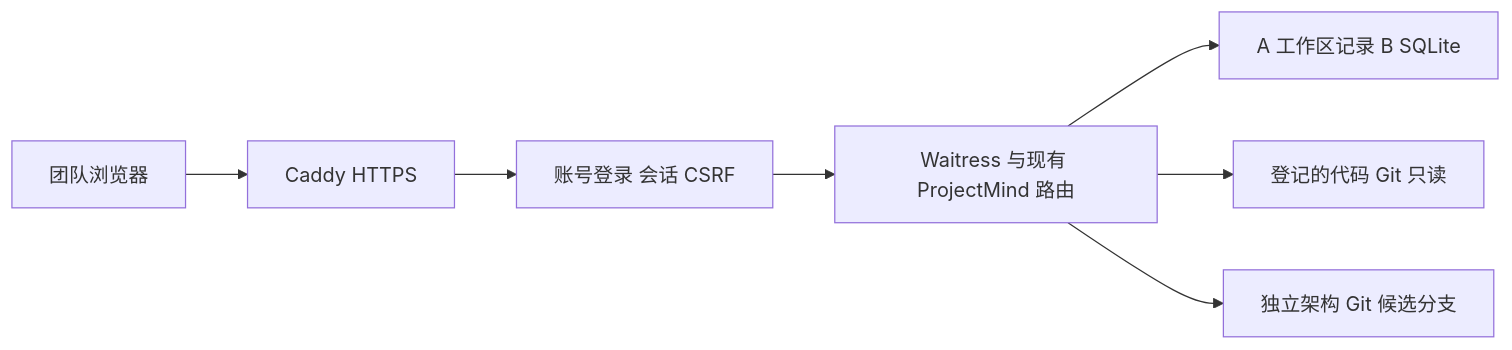
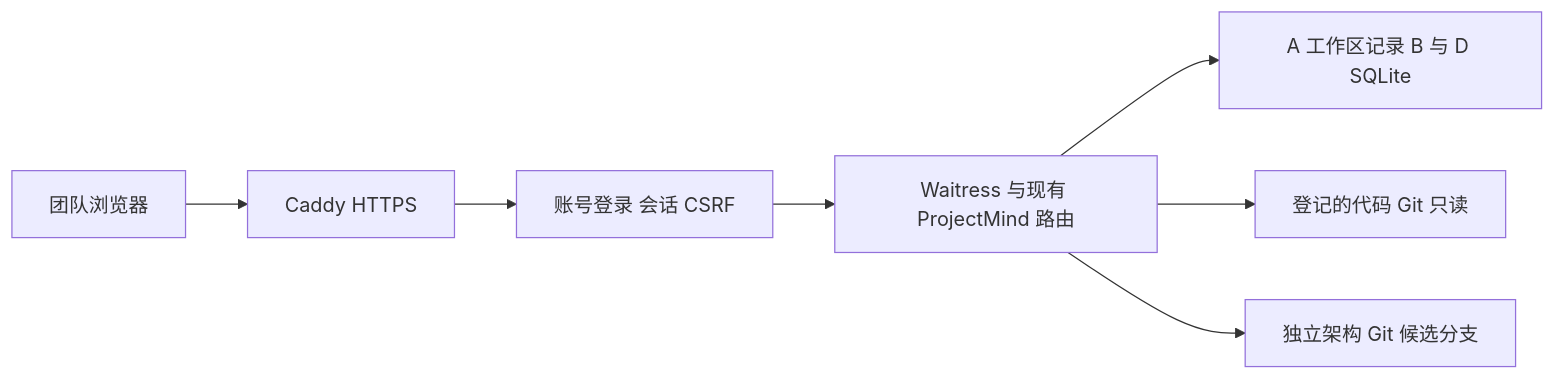
One commit to LingweiXingzhi/projectmind-core changed the diagram in docs/deployment/README.md. Above: the diagram before and after it, drawn with Mermaid. The commit also changed other lines of this file and 47 other files, not shown here.

````diff
--- a/docs/deployment/README.md
+++ b/docs/deployment/README.md
@@ -10,9 +10,9 @@
 ```mermaid
 flowchart LR
     Browser[团队浏览器] --> TLS[Caddy HTTPS]
     TLS --> Auth[账号登录 会话 CSRF]
     Auth --> App[Waitress 与现有 ProjectMind 路由]
-    App --> Data[A 工作区记录 B SQLite]
+    App --> Data[A 工作区记录 B 与 D SQLite]
     App --> Code[登记的代码 Git 只读]
     App --> Graph[独立架构 Git 候选分支]
 ```
````
